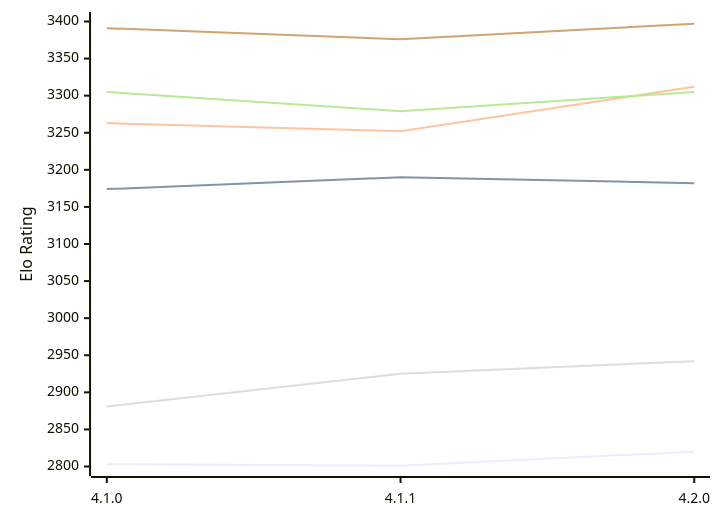
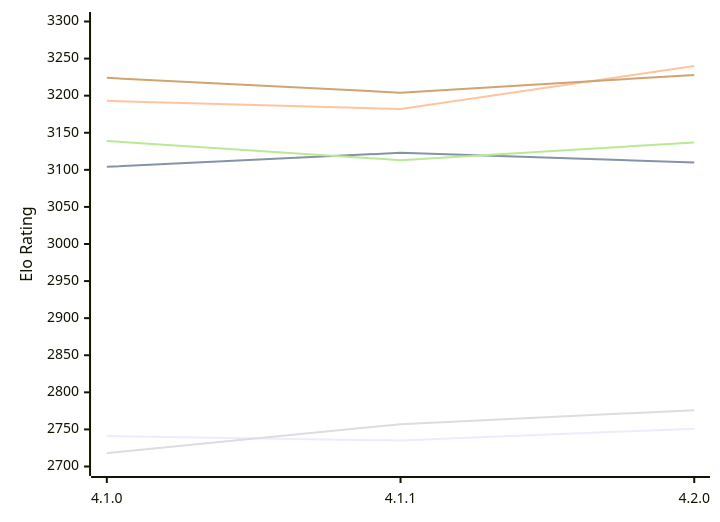
Before and after one commit to computer-chess-index/cci: the diagram in engines/LunaChessEngine.md, drawn with Mermaid. The commit also changed other lines of this file, not shown here.

Commit message:
Update CCI Ratings (ELO VLTC) - 2026-11-13

````diff
--- a/engines/LunaChessEngine.md
+++ b/engines/LunaChessEngine.md
@@ -51,12 +51,12 @@
 ```mermaid
 %%{init: {"theme":"base","themeVariables":{"seriesColors:['#a3a3a3','#222221','#faa371']}}}%%
 xychart-beta
   x-axis ["4.1.0", "4.1.1", "4.2.0"]
-  y-axis "Elo Rating" 2800 --> 3400
-  line "E1: STC (8.0+0.08s)" [2803, 2801, 2820]
-  line "E1: LTC (60.0+0.60s)" [3174, 3190, 3182]
-  line "E1: VLTC (2m24s+1.12s)" [3263, 3252, 3312]
-  line "P1: STC (8.0+0.08s)" [2881, 2925, 2942]
-  line "P1: LTC (60.0+0.60s)" [3305, 3279, 3305]
-  line "P1: VLTC (2m24s+1.12s)" [3391, 3376, 3397]
+  y-axis "Elo Rating" 2700 --> 3300
+  line "E1: STC (8.0+0.08s)" [2741, 2735, 2751]
+  line "E1: LTC (60.0+0.60s)" [3104, 3123, 3110]
+  line "E1: VLTC (2m24s+1.12s)" [3193, 3182, 3240]
+  line "P1: STC (8.0+0.08s)" [2718, 2757, 2776]
+  line "P1: LTC (60.0+0.60s)" [3139, 3113, 3137]
+  line "P1: VLTC (2m24s+1.12s)" [3224, 3204, 3228]
 ```
````
